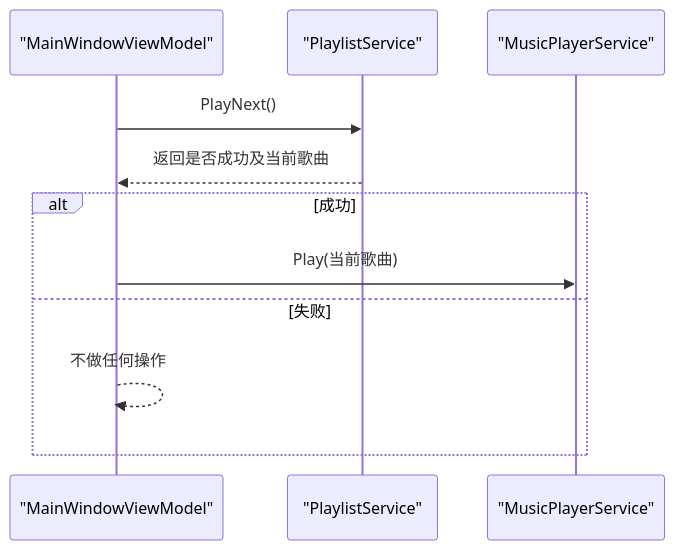
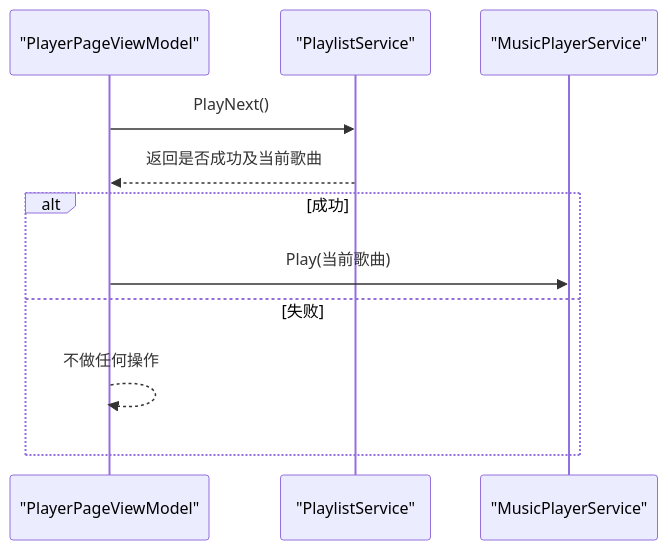
The ninth of 12 diagrams in .qoder/repowiki/zh/content/核心服务层/音频播放服务.md (mariamjensen42-glitch/LocalMusicPlayer), drawn with Mermaid before and after one commit. The commit also changed other lines of this file and 23 other files, not shown here.

````diff
--- a/.qoder/repowiki/zh/content/核心服务层/音频播放服务.md
+++ b/.qoder/repowiki/zh/content/核心服务层/音频播放服务.md
@@ -370,13 +401,13 @@
 ```mermaid
 sequenceDiagram
-participant VM as "MainWindowViewModel"
+participant PPVM as "PlayerPageViewModel"
 participant PLS as "PlaylistService"
 participant MPS as "MusicPlayerService"
-VM->>PLS : PlayNext()
-PLS-->>VM : 返回是否成功及当前歌曲
+PPVM->>PLS : PlayNext()
+PLS-->>PPVM : 返回是否成功及当前歌曲
 alt 成功
-VM->>MPS : Play(当前歌曲)
+PPVM->>MPS : Play(当前歌曲)
 else 失败
-VM-->>VM : 不做任何操作
+PPVM-->>PPVM : 不做任何操作
 end
 ```
````
